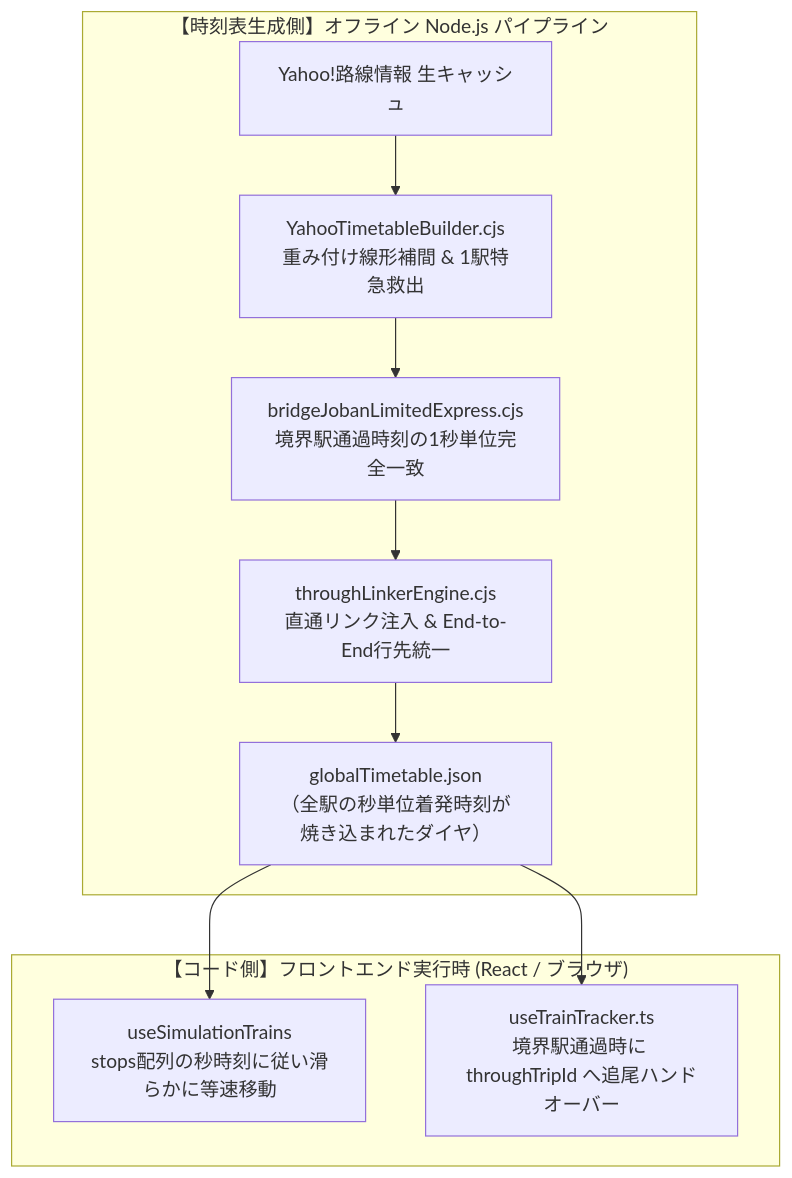
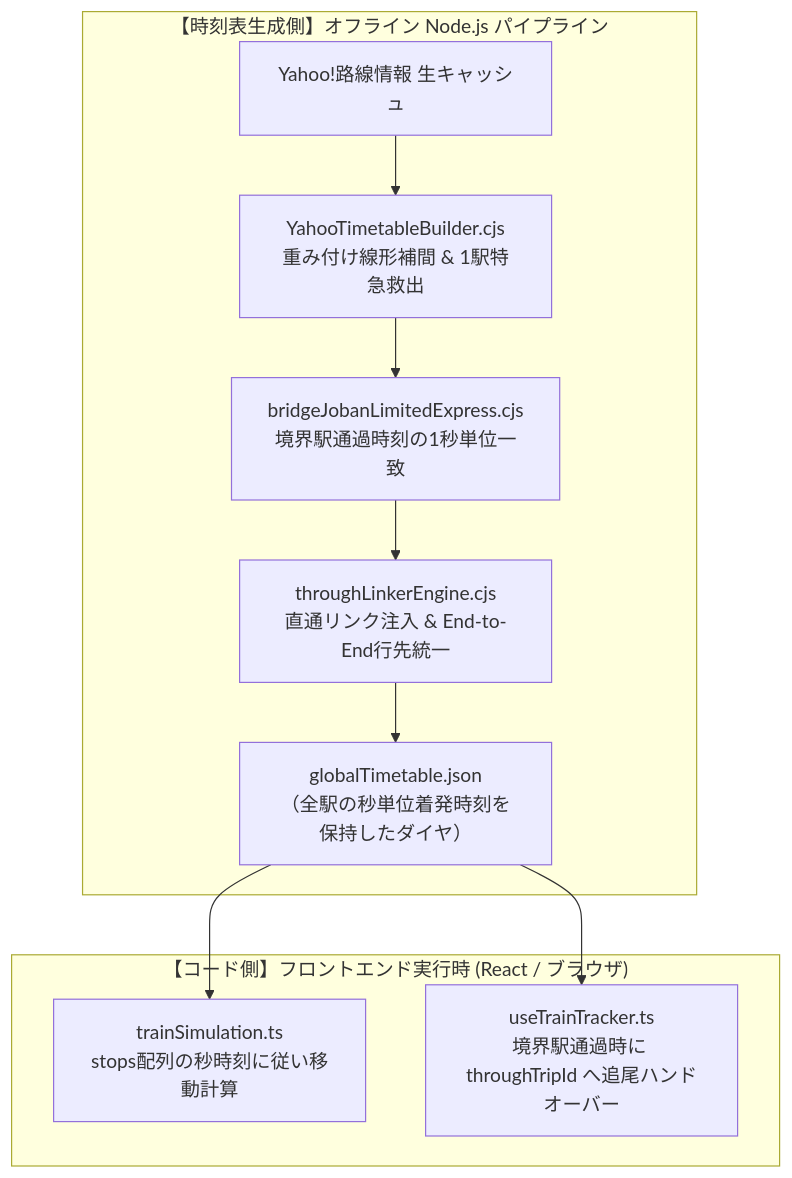
One commit to GenbuHase/Trainfo changed the diagram in docs/PASSING_STOP_INTERPOLATION_SPEC.md. Above: the diagram before and after it, drawn with Mermaid. The commit also changed other lines of this file and 9 other files, not shown here.

````diff
--- a/docs/PASSING_STOP_INTERPOLATION_SPEC.md
+++ b/docs/PASSING_STOP_INTERPOLATION_SPEC.md
@@ -18,14 +17,14 @@
 ```mermaid
 flowchart TD
     subgraph 時刻表生成側 ["【時刻表生成側】オフライン Node.js パイプライン"]
         A["Yahoo!路線情報 生キャッシュ"] --> B["YahooTimetableBuilder.cjs<br/>重み付け線形補間 & 1駅特急救出"]
-        B --> C["bridgeJobanLimitedExpress.cjs<br/>境界駅通過時刻の1秒単位完全一致"]
+        B --> C["bridgeJobanLimitedExpress.cjs<br/>境界駅通過時刻の1秒単位一致"]
         C --> D["throughLinkerEngine.cjs<br/>直通リンク注入 & End-to-End行先統一"]
-        D --> E["globalTimetable.json<br/>（全駅の秒単位着発時刻が焼き込まれたダイヤ）"]
+        D --> E["globalTimetable.json<br/>（全駅の秒単位着発時刻を保持したダイヤ）"]
     end
 
     subgraph コード側 ["【コード側】フロントエンド実行時 (React / ブラウザ)"]
-        E --> F["useSimulationTrains<br/>stops配列の秒時刻に従い滑らかに等速移動"]
+        E --> F["trainSimulation.ts<br/>stops配列の秒時刻に従い移動計算"]
         E --> G["useTrainTracker.ts<br/>境界駅通過時に throughTripId へ追尾ハンドオーバー"]
     end
 ```
````
